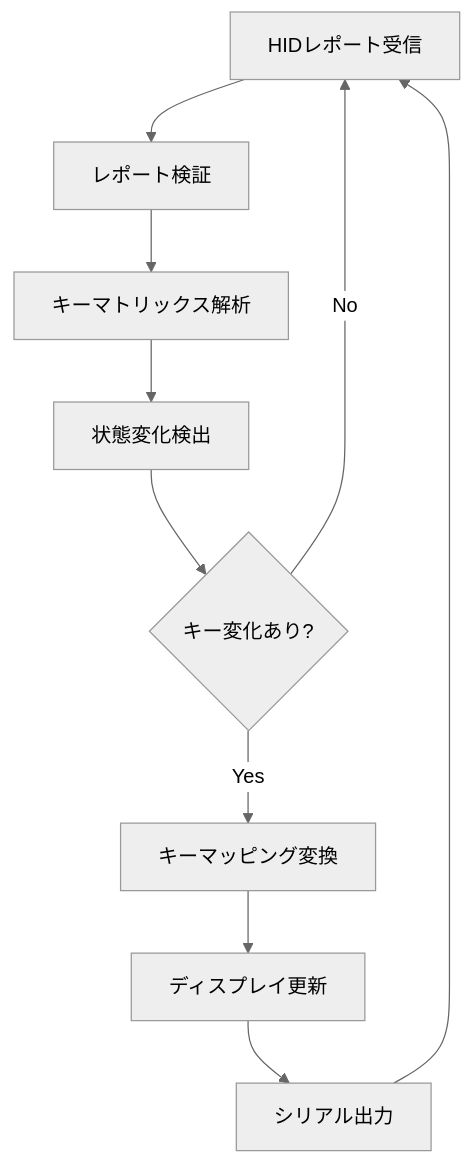
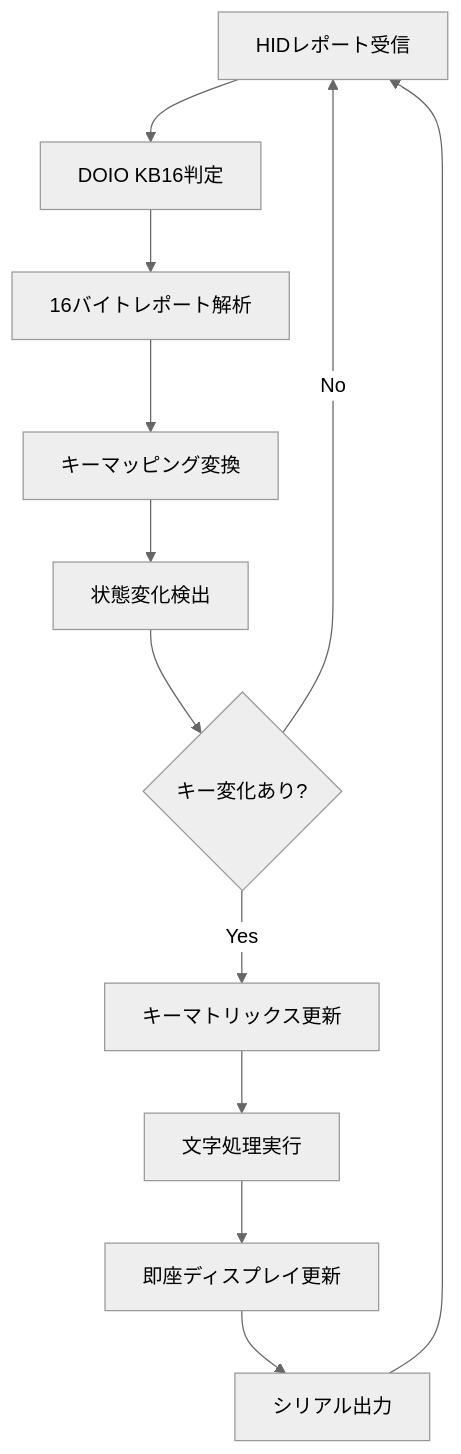
The second of 2 diagrams in README.md (YakiFrog/DOIO_BLE2), drawn with Mermaid (neutral theme) before and after one commit. The commit also changed other lines of this file, not shown here.

````diff
--- a/README.md
+++ b/README.md
@@ -127,12 +247,14 @@
 ```mermaid
 flowchart TD
-    A[HIDレポート受信] --> B[レポート検証]
-    B --> C[キーマトリックス解析]
-    C --> D[状態変化検出]
-    D --> E{キー変化あり?}
-    E -->|Yes| F[キーマッピング変換]
-    E -->|No| A
-    F --> G[ディスプレイ更新]
-    G --> H[シリアル出力]
-    H --> A
+    A[HIDレポート受信] --> B[DOIO KB16判定]
+    B --> C[16バイトレポート解析]
+    C --> D[キーマッピング変換]
+    D --> E[状態変化検出]
+    E --> F{キー変化あり?}
+    F -->|Yes| G[キーマトリックス更新]
+    F -->|No| A
+    G --> H[文字処理実行]
+    H --> I[即座ディスプレイ更新]
+    I --> J[シリアル出力]
+    J --> A
 ```
````
